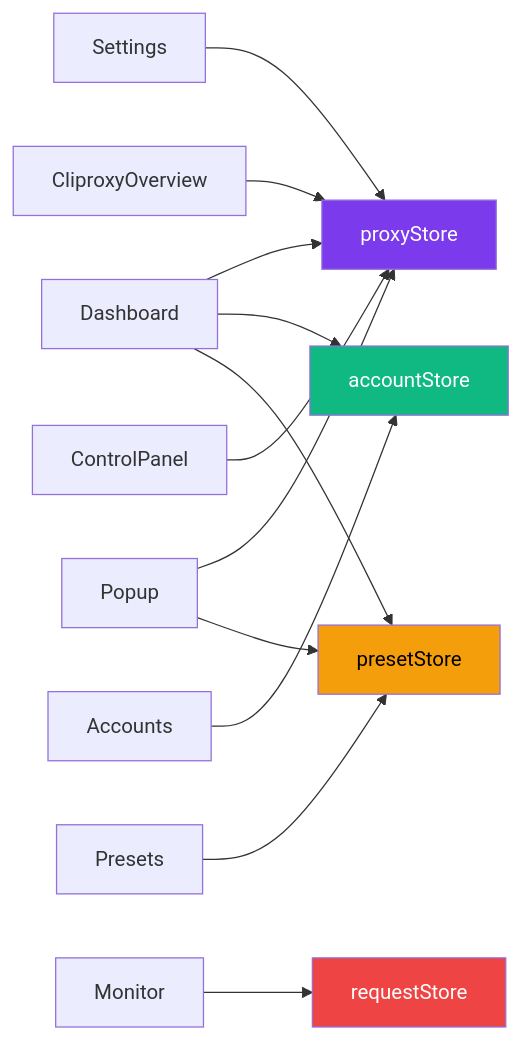
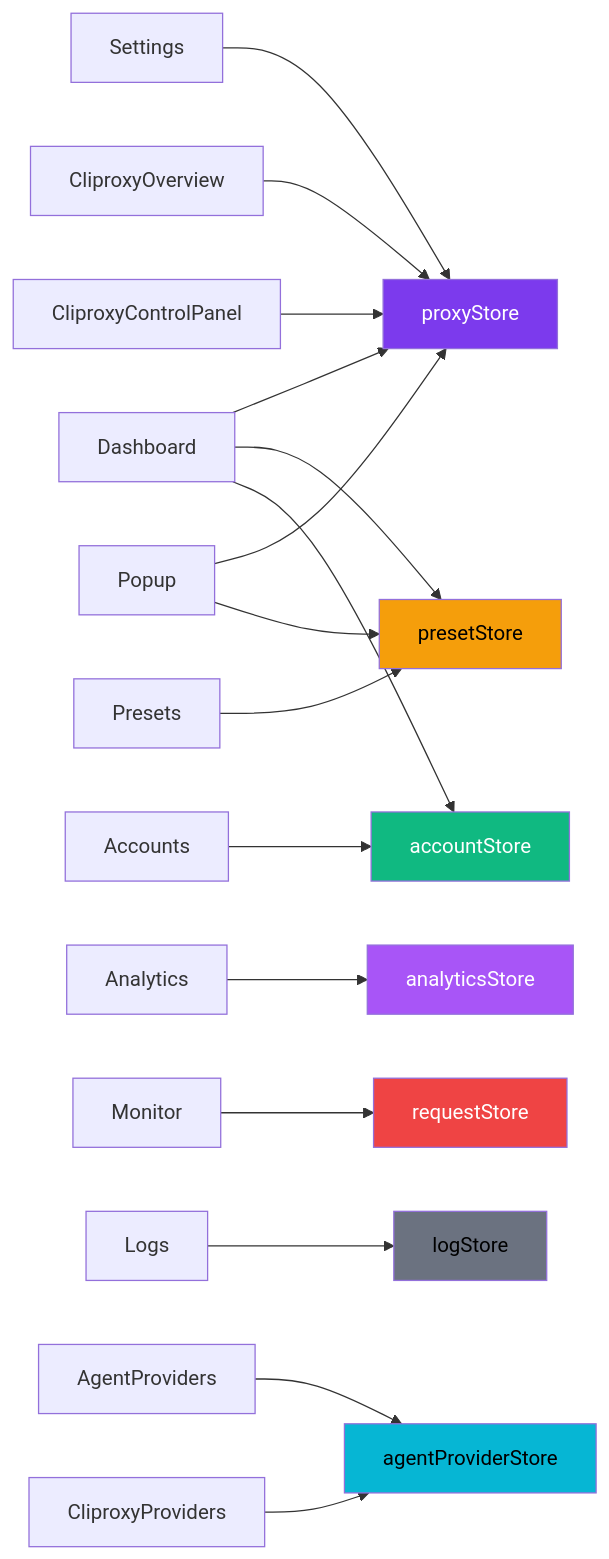
The second of 4 diagrams in ARCHITECTURE.md (HieuAnh87/aether), drawn with Mermaid before and after one commit. The commit also changed other lines of this file and 3 other files, not shown here.

First line of the commit message:
docs(ARCHITECTURE): update with CLI agent auto-config, new pages, and key capabilities

````diff
--- a/ARCHITECTURE.md
+++ b/ARCHITECTURE.md
@@ -336,16 +449,23 @@
 ```mermaid
 graph LR
-    Dashboard --> proxyStore & accountStore & presetStore
+    Dashboard --> proxyStore & presetStore & accountStore
     Presets --> presetStore
+    Analytics --> analyticsStore
+    Monitor --> requestStore
+    Logs --> logStore
+    AgentProviders --> agentProviderStore
     Accounts --> accountStore
-    Monitor --> requestStore
     Settings --> proxyStore
     Popup --> proxyStore & presetStore
     CliproxyOverview --> proxyStore
-    ControlPanel --> proxyStore
+    CliproxyProviders --> agentProviderStore
+    CliproxyControlPanel --> proxyStore
 
     style proxyStore fill:#7c3aed,color:#fff
     style presetStore fill:#f59e0b,color:#000
     style accountStore fill:#10b981,color:#fff
     style requestStore fill:#ef4444,color:#fff
+    style agentProviderStore fill:#06b6d4,color:#000
+    style analyticsStore fill:#a855f7,color:#fff
+    style logStore fill:#6b7280,color:#000
 ```
````
